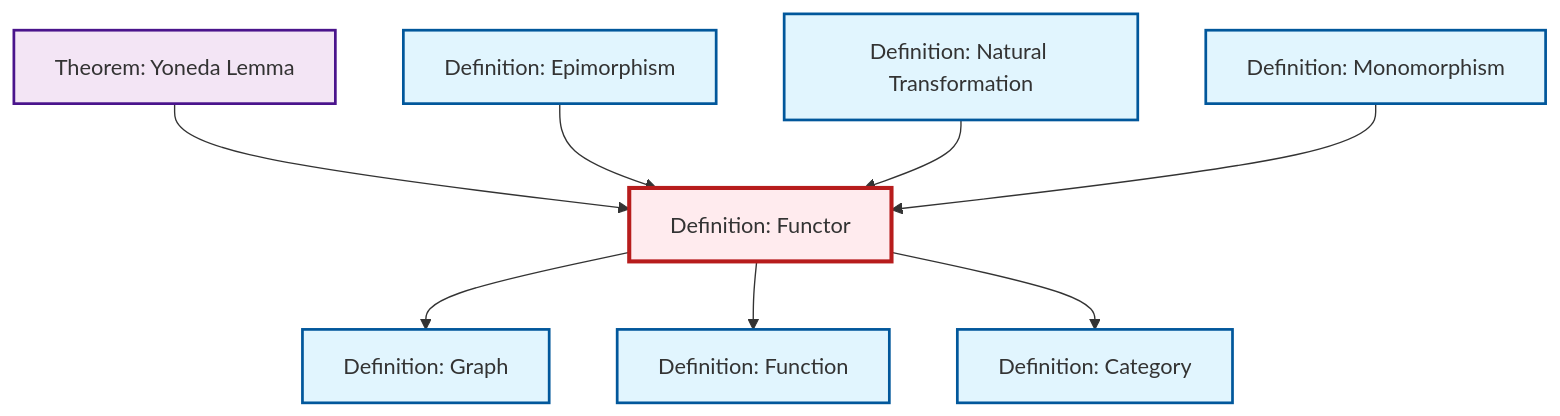
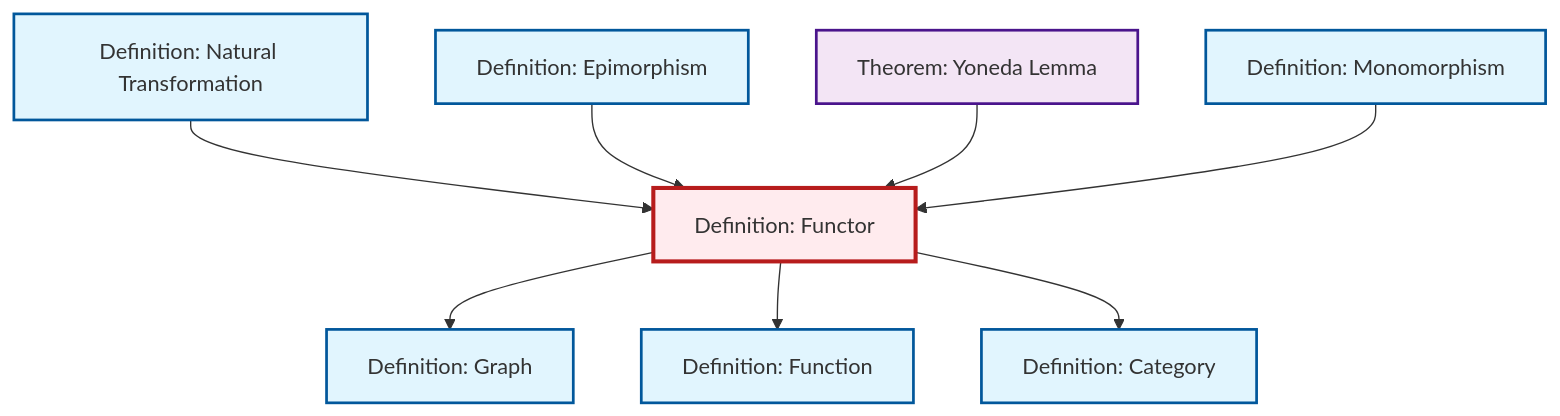
Before and after one commit to RK0429/ModernMath: the diagram in content/ja/category-theory/def-functor.qmd, drawn with Mermaid. The commit also changed other lines of this file and 14 other files, not shown here.

````diff
--- a/content/ja/category-theory/def-functor.qmd
+++ b/content/ja/category-theory/def-functor.qmd
@@ -51,32 +51,32 @@
 ```{mermaid}
 %%| fig-cap: "Local dependency graph"
 graph TD
     classDef definition fill:#e1f5fe,stroke:#01579b,stroke-width:2px
     classDef theorem fill:#f3e5f5,stroke:#4a148c,stroke-width:2px
     classDef axiom fill:#fff3e0,stroke:#e65100,stroke-width:2px
     classDef example fill:#e8f5e9,stroke:#1b5e20,stroke-width:2px
     classDef current fill:#ffebee,stroke:#b71c1c,stroke-width:3px
-    def-category["Definition: Category"]:::definition
+    def-graph["Definition: Graph"]:::definition
+    def-functor["Definition: Functor"]:::definition
     def-natural-transformation["Definition: Natural Transformation"]:::definition
     def-epimorphism["Definition: Epimorphism"]:::definition
+    def-function["Definition: Function"]:::definition
+    def-category["Definition: Category"]:::definition
     thm-yoneda["Theorem: Yoneda Lemma"]:::theorem
     def-monomorphism["Definition: Monomorphism"]:::definition
-    def-function["Definition: Function"]:::definition
-    def-graph["Definition: Graph"]:::definition
-    def-functor["Definition: Functor"]:::definition
-    thm-yoneda --> def-functor
+    def-natural-transformation --> def-functor
     def-epimorphism --> def-functor
-    def-natural-transformation --> def-functor
     def-functor --> def-graph
     def-functor --> def-function
+    def-functor --> def-category
+    thm-yoneda --> def-functor
     def-monomorphism --> def-functor
-    def-functor --> def-category
     class def-functor current
-    click def-category "def-category.html" "Definition: Categoryへ"
+    click def-graph "def-graph.html" "Definition: Graphへ"
     click def-natural-transformation "def-natural-transformation.html" "Definition: Natural Transformationへ"
     click def-epimorphism "def-epimorphism.html" "Definition: Epimorphismへ"
+    click def-function "def-function.html" "Definition: Functionへ"
+    click def-category "def-category.html" "Definition: Categoryへ"
     click thm-yoneda "thm-yoneda.html" "Theorem: Yoneda Lemmaへ"
     click def-monomorphism "def-monomorphism.html" "Definition: Monomorphismへ"
-    click def-function "def-function.html" "Definition: Functionへ"
-    click def-graph "def-graph.html" "Definition: Graphへ"
 ```
````
